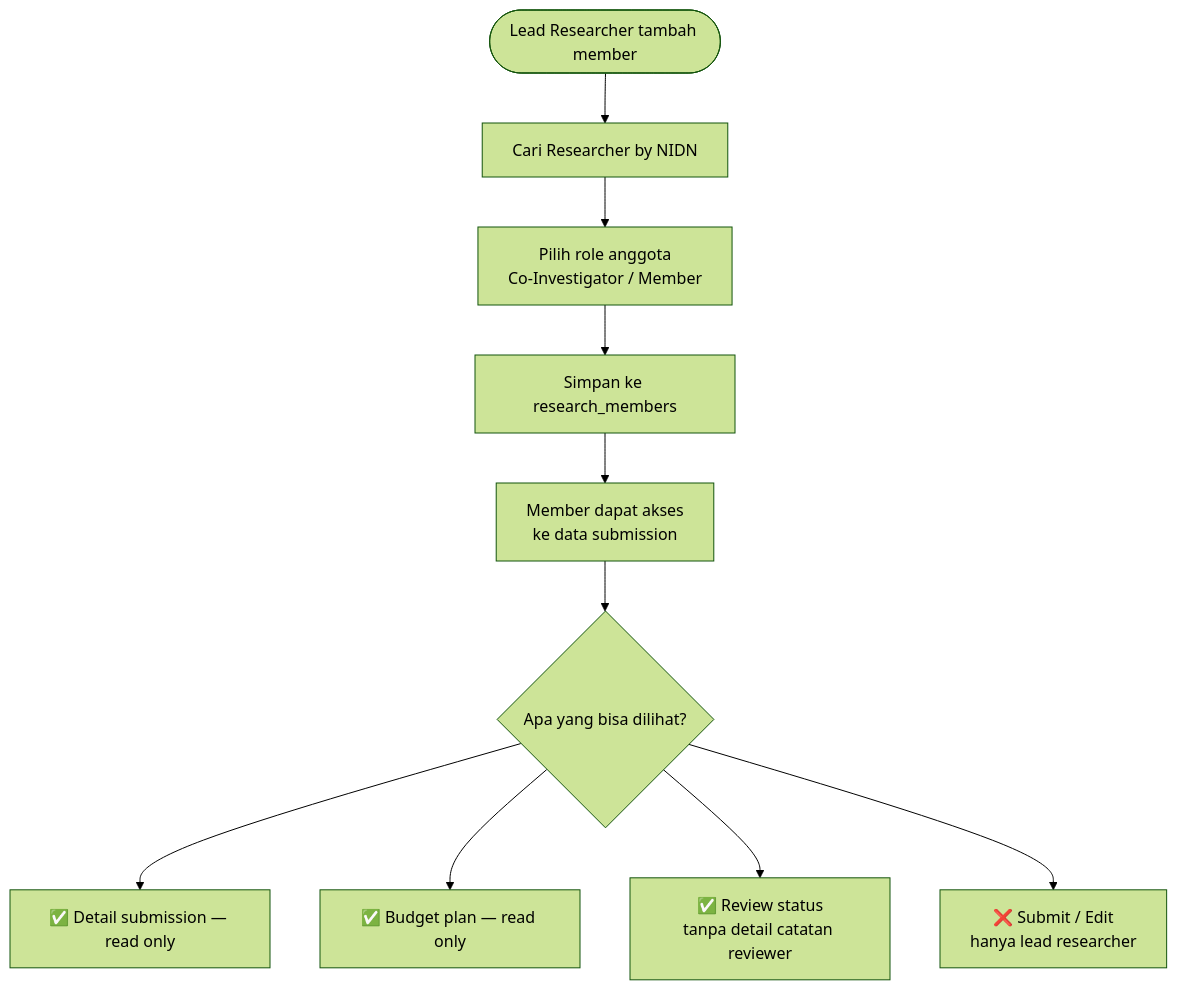
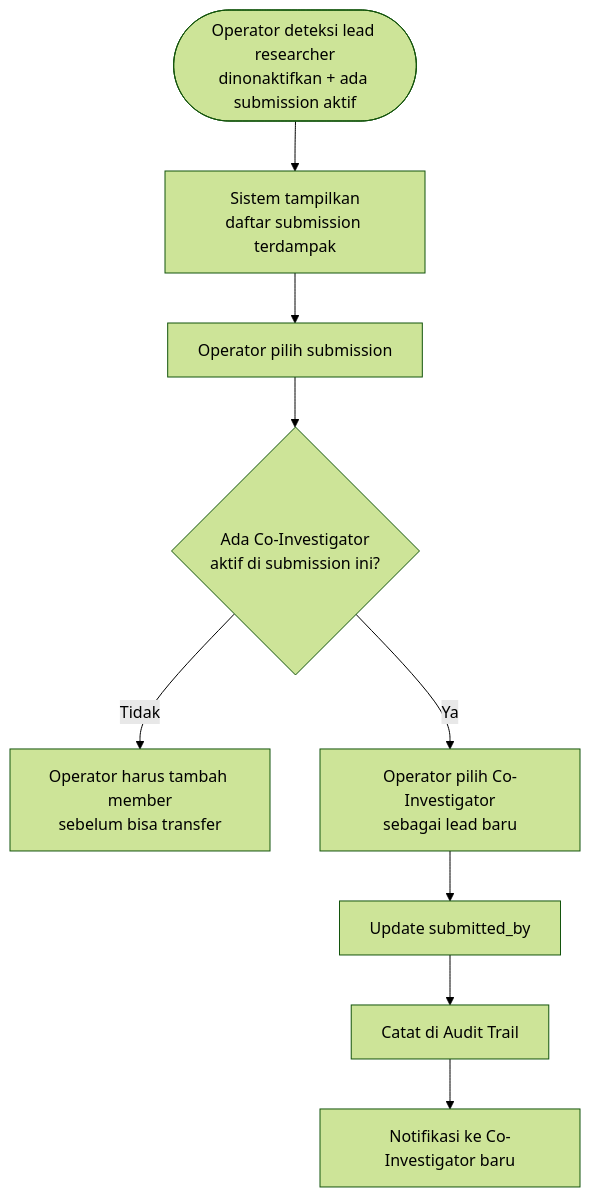
The third of 6 diagrams in docs/requirement-analysis/ddd/core/01_submission.md (nas11ai/sim-kerjasama-itk), drawn with Mermaid (forest theme) before and after one commit. The commit also changed other lines of this file and 12 other files, not shown here.

````diff
--- a/docs/requirement-analysis/ddd/core/01_submission.md
+++ b/docs/requirement-analysis/ddd/core/01_submission.md
@@ -38,12 +53,11 @@
 ```mermaid
 flowchart TD
-    START([Lead Researcher tambah member]) --> A[Cari Researcher by NIDN]
-    A --> B[Pilih role anggota<br/>Co-Investigator / Member]
-    B --> C[Simpan ke research_members]
-    C --> D[Member dapat akses<br/>ke data submission]
-    D --> E{Apa yang bisa dilihat?}
-    E --> F[✅ Detail submission — read only]
-    E --> G[✅ Budget plan — read only]
-    E --> H[✅ Review status<br/>tanpa detail catatan reviewer]
-    E --> I[❌ Submit / Edit<br/>hanya lead researcher]
+    START([Operator deteksi lead researcher<br/>dinonaktifkan + ada submission aktif]) --> A[Sistem tampilkan<br/>daftar submission terdampak]
+    A --> B[Operator pilih submission]
+    B --> C{Ada Co-Investigator<br/>aktif di submission ini?}
+    C -->|Tidak| D[Operator harus tambah member<br/>sebelum bisa transfer]
+    C -->|Ya| E[Operator pilih Co-Investigator<br/>sebagai lead baru]
+    E --> F[Update submitted_by]
+    F --> G[Catat di Audit Trail]
+    G --> H[Notifikasi ke Co-Investigator baru]
 ```
````
